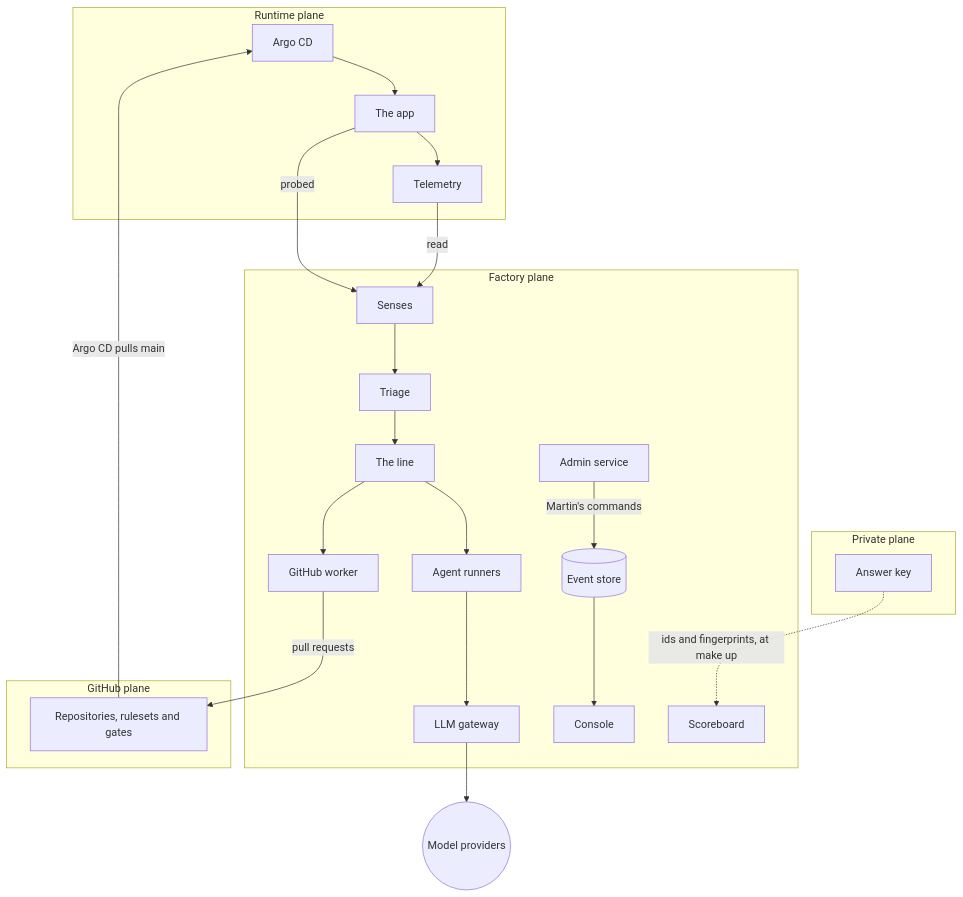
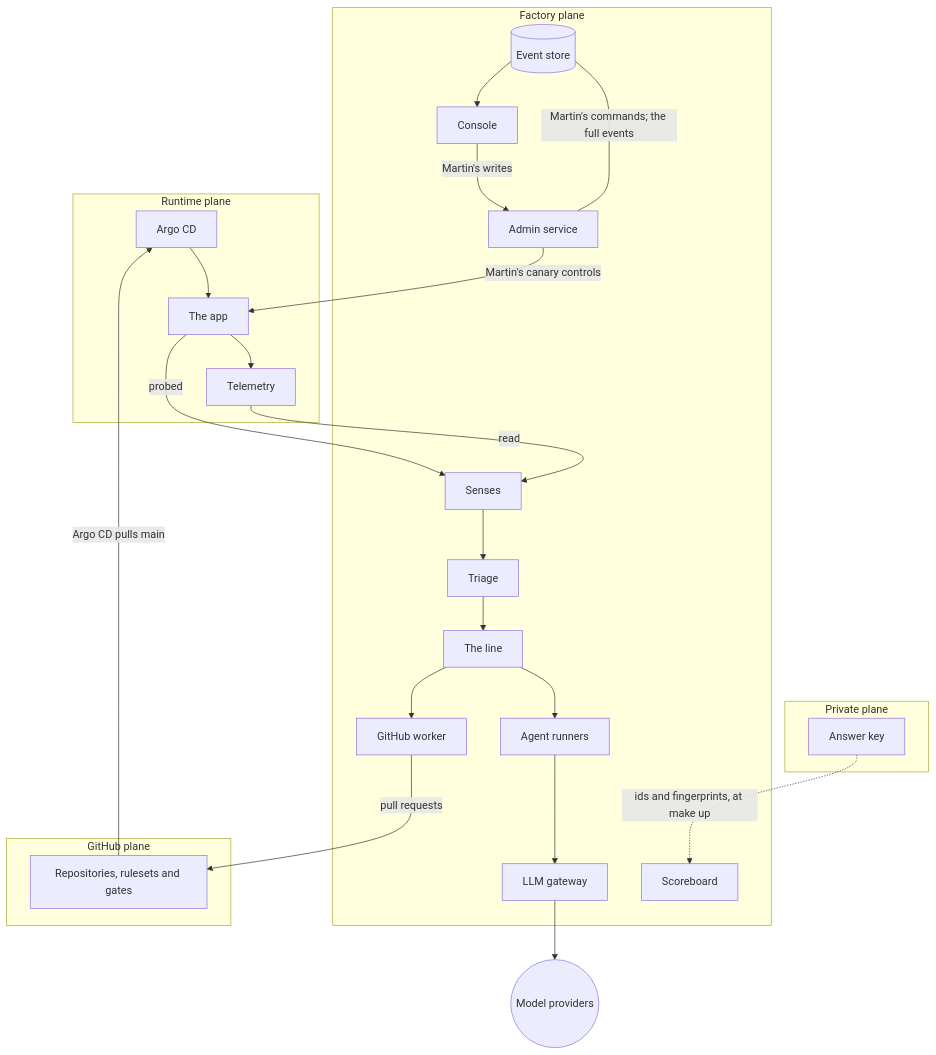
The diagram in docs/COMPONENTS/README.md (mrogan/cv-software-factory), drawn with Mermaid before and after one commit. The commit also changed 5 other files, not shown here.

First line of the commit message:
docs: answer the reviews: what alerts, what asks for the passkey, the diagram

````diff
--- a/docs/COMPONENTS/README.md
+++ b/docs/COMPONENTS/README.md
@@ -16,26 +16,28 @@
 ```mermaid
 flowchart TB
   subgraph runtime [Runtime plane]
     argo[Argo CD] --> app[The app] --> telemetry[Telemetry]
   end
   subgraph factory [Factory plane]
     senses[Senses] --> triage[Triage] --> line[The line]
     line --> runners[Agent runners] --> gateway[LLM gateway]
     line --> worker[GitHub worker]
     store[(Event store)] --> console[Console]
-    admin[Admin service] -- "Martin's commands" --> store
+    console -- "Martin's writes" --> admin[Admin service]
+    admin -- "Martin's commands; the full events" --- store
     scoreboard[Scoreboard]
   end
   subgraph github [GitHub plane]
     repos[Repositories, rulesets and gates]
   end
   subgraph private [Private plane]
     key[Answer key]
   end
   app -- probed --> senses
+  admin -- "Martin's canary controls" --> app
   telemetry -- read --> senses
   worker -- pull requests --> repos
   repos -- "Argo CD pulls main" --> argo
   gateway --> providers((Model providers))
   key -. "ids and fingerprints, at make up" .-> scoreboard
 ```
````
